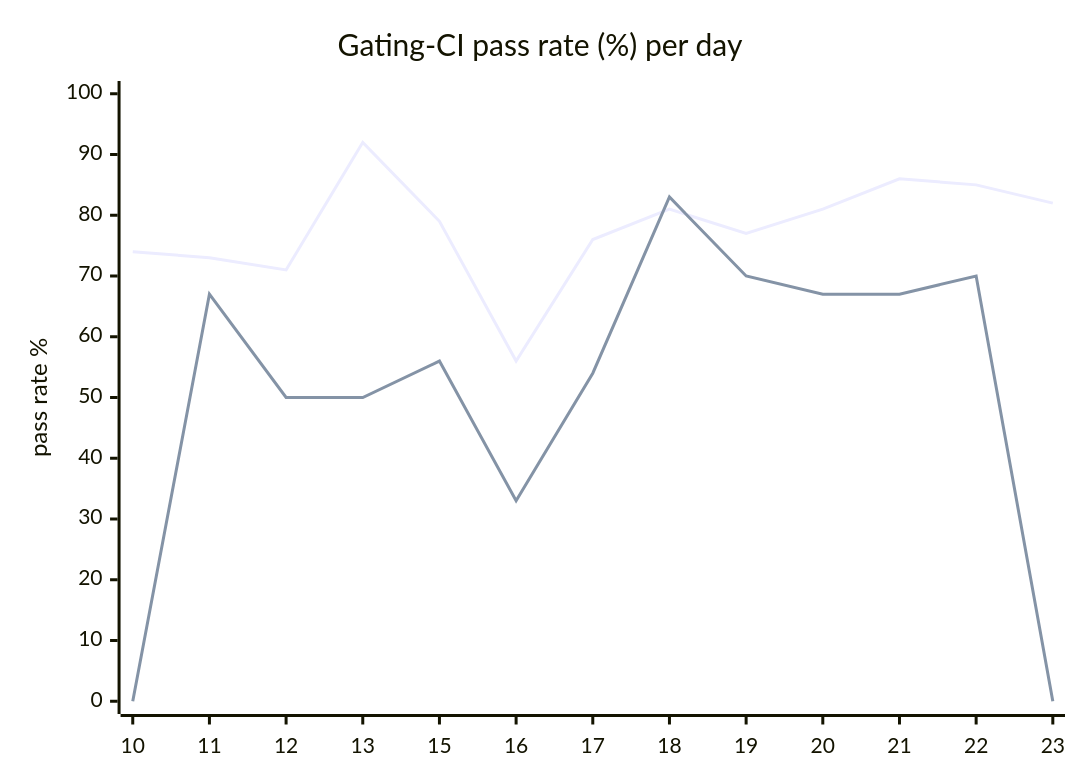
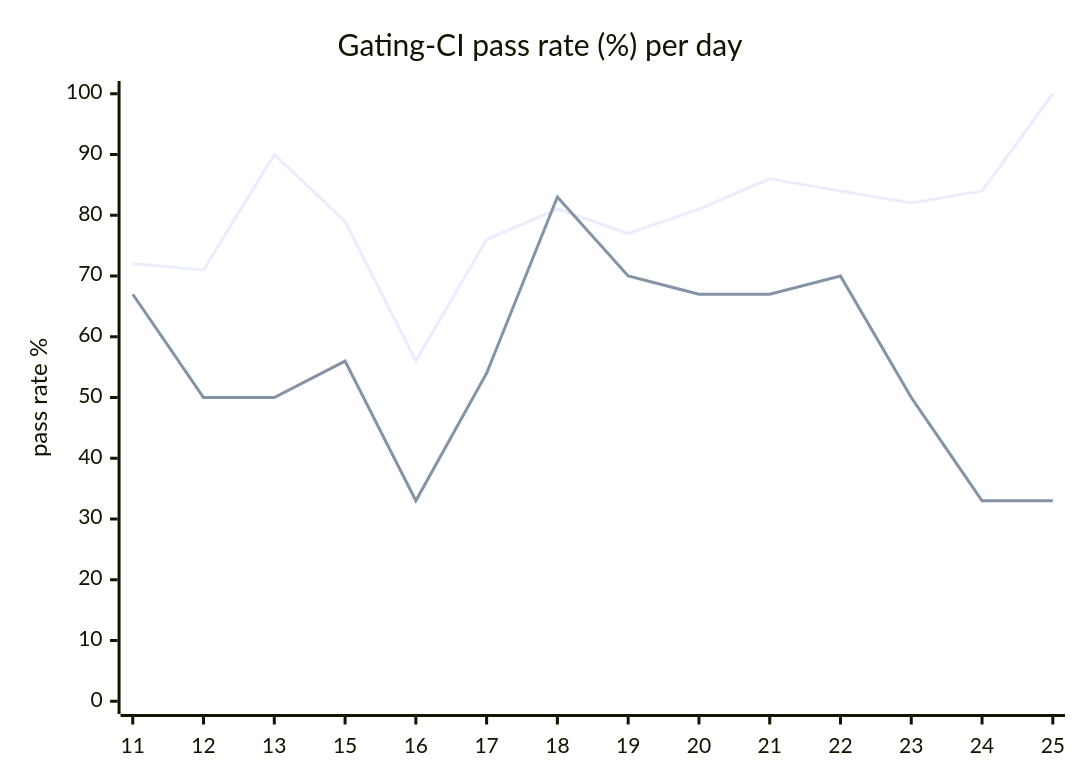
One commit to hatchet-dev/hatchet changed the diagram in hack/ci/ci-dashboard/staging/issue.md. Above: the diagram before and after it, drawn with Mermaid. The commit also changed other lines of this file, not shown here.

````diff
--- a/hack/ci/ci-dashboard/staging/issue.md
+++ b/hack/ci/ci-dashboard/staging/issue.md
@@ -9,8 +9,8 @@
 ```mermaid
 xychart-beta
   title "Gating-CI pass rate (%) per day"
-  x-axis [10, 11, 12, 13, 15, 16, 17, 18, 19, 20, 21, 22, 23]
+  x-axis [11, 12, 13, 15, 16, 17, 18, 19, 20, 21, 22, 23, 24, 25]
   y-axis "pass rate %" 0 --> 100
-  line "CI" [74, 73, 71, 92, 79, 56, 76, 81, 77, 81, 86, 85, 82]
-  line "main" [0, 67, 50, 50, 56, 33, 54, 83, 70, 67, 67, 70, 0]
+  line "CI" [72, 71, 90, 79, 56, 76, 81, 77, 81, 86, 84, 82, 84, 100]
+  line "main" [67, 50, 50, 56, 33, 54, 83, 70, 67, 67, 70, 50, 33, 33]
 ```
````
